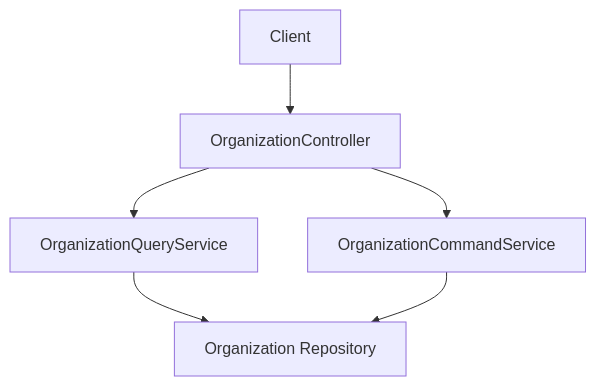
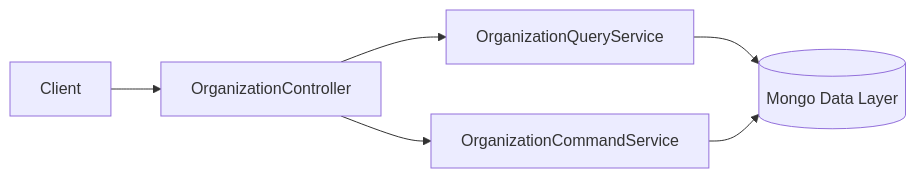
Before and after one commit to Praesto-Pro/openframe-oss-tenant: the fifth of 7 diagrams in docs/architecture/external-api-service-core/external-api-service-core.md, drawn with Mermaid. The commit also changed other lines of this file and 149 other files, not shown here.

````diff
--- a/docs/architecture/external-api-service-core/external-api-service-core.md
+++ b/docs/architecture/external-api-service-core/external-api-service-core.md
@@ -259,8 +245,8 @@
 ```mermaid
-flowchart TD
-    Client --> OrganizationController
-    OrganizationController --> OrganizationQueryService
-    OrganizationController --> OrganizationCommandService
-    OrganizationQueryService --> MongoOrg["Organization Repository"]
-    OrganizationCommandService --> MongoOrg
+flowchart LR
+    Client["Client"] --> Controller["OrganizationController"]
+    Controller --> QuerySvc["OrganizationQueryService"]
+    Controller --> CommandSvc["OrganizationCommandService"]
+    QuerySvc --> Mongo[("Mongo Data Layer")]
+    CommandSvc --> Mongo
 ```
````
